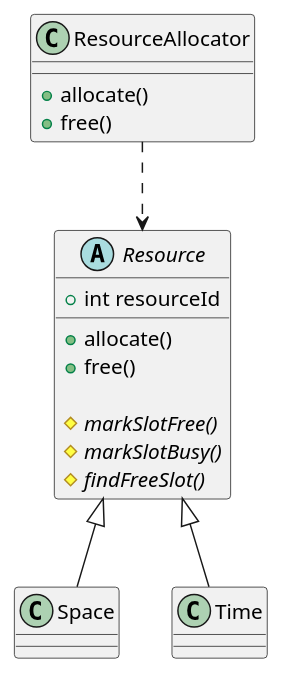
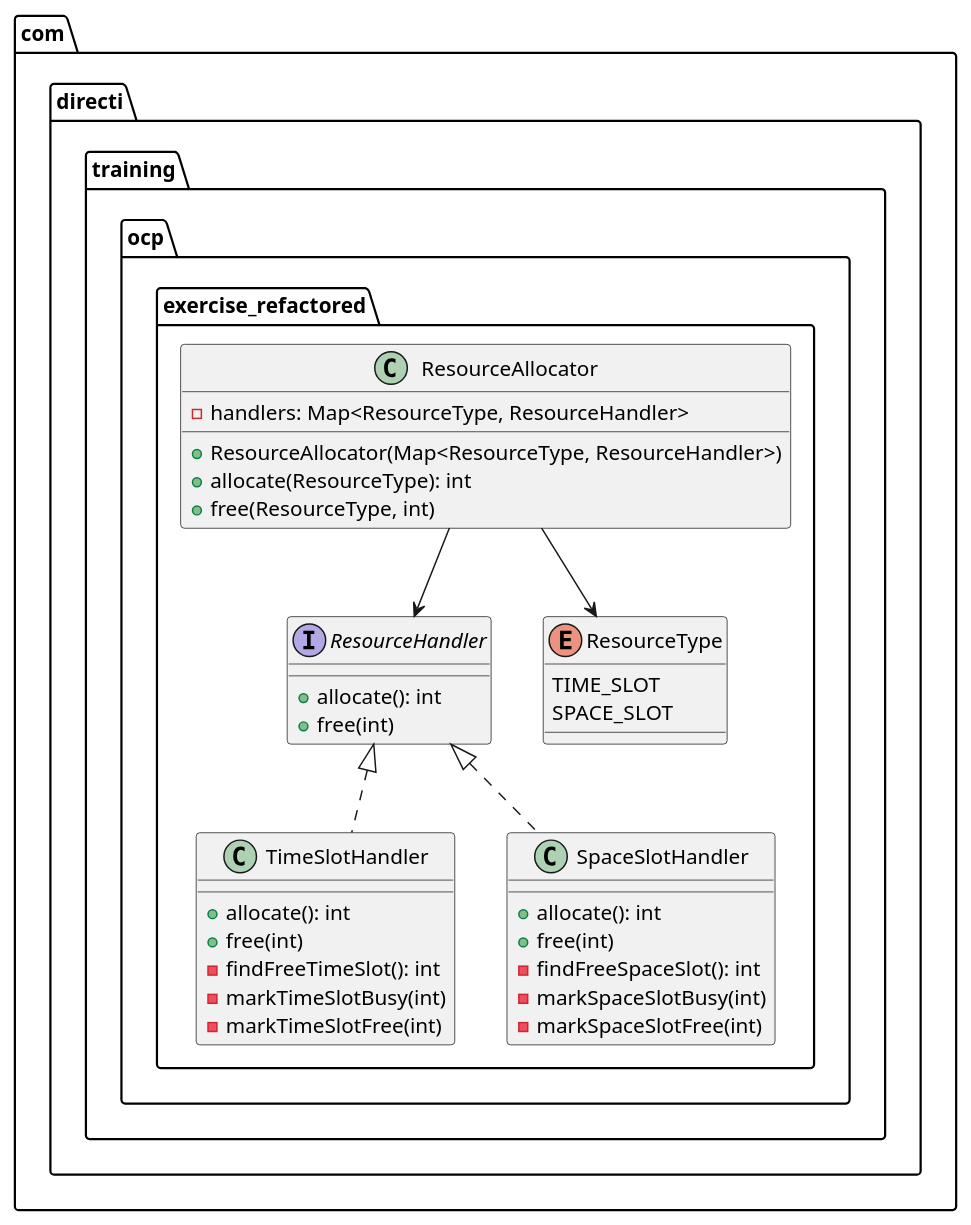
One commit to azizmass/SOLID changed the diagram in OCP/src/com/directi/training/ocp/uml_refactored.puml. Above: the diagram before and after it, drawn with PlantUML. The commit also changed 36 other files, not shown here.

```diff
--- a/OCP/src/com/directi/training/ocp/uml_refactored.puml
+++ b/OCP/src/com/directi/training/ocp/uml_refactored.puml
@@ -1,26 +1,41 @@
 @startuml
+package com.directi.training.ocp.exercise_refactored {
+  interface ResourceHandler {
+    + allocate(): int
+    + free(int)
+  }
 
-class ResourceAllocator {
-  + allocate()
-  + free()
+  class TimeSlotHandler {
+    + allocate(): int
+    + free(int)
+    - findFreeTimeSlot(): int
+    - markTimeSlotBusy(int)
+    - markTimeSlotFree(int)
+  }
+
+  class SpaceSlotHandler {
+    + allocate(): int
+    + free(int)
+    - findFreeSpaceSlot(): int
+    - markSpaceSlotBusy(int)
+    - markSpaceSlotFree(int)
+  }
+
+  class ResourceAllocator {
+    - handlers: Map<ResourceType, ResourceHandler>
+    + ResourceAllocator(Map<ResourceType, ResourceHandler>)
+    + allocate(ResourceType): int
+    + free(ResourceType, int)
+  }
+
+  enum ResourceType {
+    TIME_SLOT
+    SPACE_SLOT
+  }
+
+  ResourceAllocator --> ResourceType
+  ResourceAllocator --> ResourceHandler
+  ResourceHandler <|.. TimeSlotHandler
+  ResourceHandler <|.. SpaceSlotHandler
 }
-
-abstract class Resource {
-  + int resourceId
-  + allocate()
-  + free()
-
-  # {abstract} markSlotFree()
-  # {abstract} markSlotBusy()
-  # {abstract} findFreeSlot()
-}
-
-class Space extends Resource {
-}
-
-class Time extends Resource {
-}
-
-ResourceAllocator ..> Resource
-
 @enduml
```
